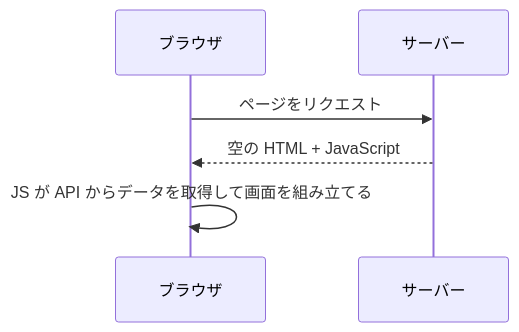
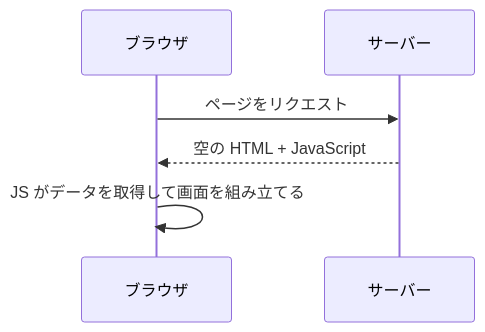
One commit to ozaki25/web-front-training-ozaki25 changed the first of 7 diagrams in docs/drafts/004/index.md. Above: the diagram before and after it, drawn with Mermaid. The commit also changed other lines of this file, not shown here.

First line of the commit message:
SSG/ISR を薄くし、図と表中心に書き直し

````diff
--- a/docs/drafts/004/index.md
+++ b/docs/drafts/004/index.md
@@ -15,8 +15,8 @@
 ```mermaid
 sequenceDiagram
   participant B as ブラウザ
   participant S as サーバー
   B->>S: ページをリクエスト
   S-->>B: 空の HTML + JavaScript
-  B->>B: JS が API からデータを取得して画面を組み立てる
+  B->>B: JS がデータを取得して画面を組み立てる
 ```
````
